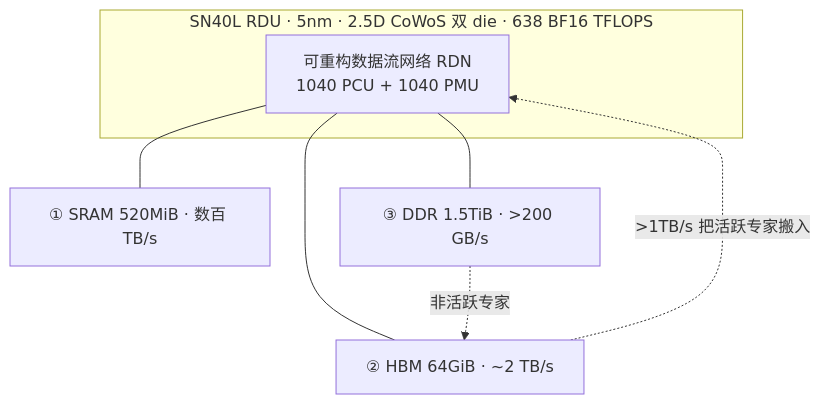
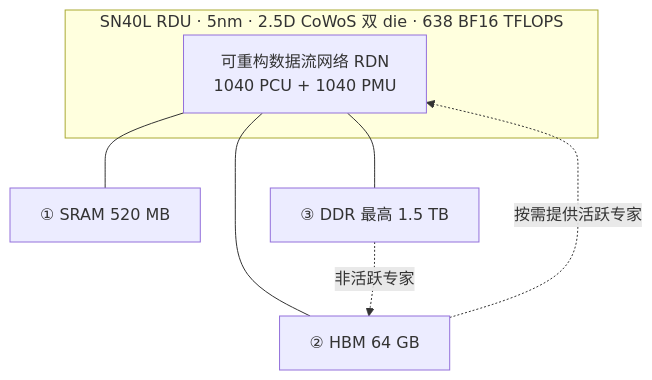
Before and after one commit to microarch-flow/wiki: diagram 17 of 17 in series/chip-architectures/云端推理芯片架构横向对比报告.md, drawn with Mermaid. The commit also changed other lines of this file and 4 other files, not shown here.

Commit message:
docs: qualify chip architecture comparisons

````diff
--- a/series/chip-architectures/云端推理芯片架构横向对比报告.md
+++ b/series/chip-architectures/云端推理芯片架构横向对比报告.md
@@ -471,11 +471,11 @@
 ```mermaid
 graph TB
   subgraph rdu["SN40L RDU · 5nm · 2.5D CoWoS 双 die · 638 BF16 TFLOPS"]
     F["可重构数据流网络 RDN<br/>1040 PCU + 1040 PMU"]
   end
-  F --- S["① SRAM 520MiB · 数百 TB/s"]
-  F --- H["② HBM 64GiB · ~2 TB/s"]
-  F --- D["③ DDR 1.5TiB · >200 GB/s"]
+  F --- S["① SRAM 520 MB"]
+  F --- H["② HBM 64 GB"]
+  F --- D["③ DDR 最高 1.5 TB"]
   D -.->|非活跃专家| H
-  H -.->|>1TB/s 把活跃专家搬入| F
+  H -.->|按需提供活跃专家| F
 ```
````
